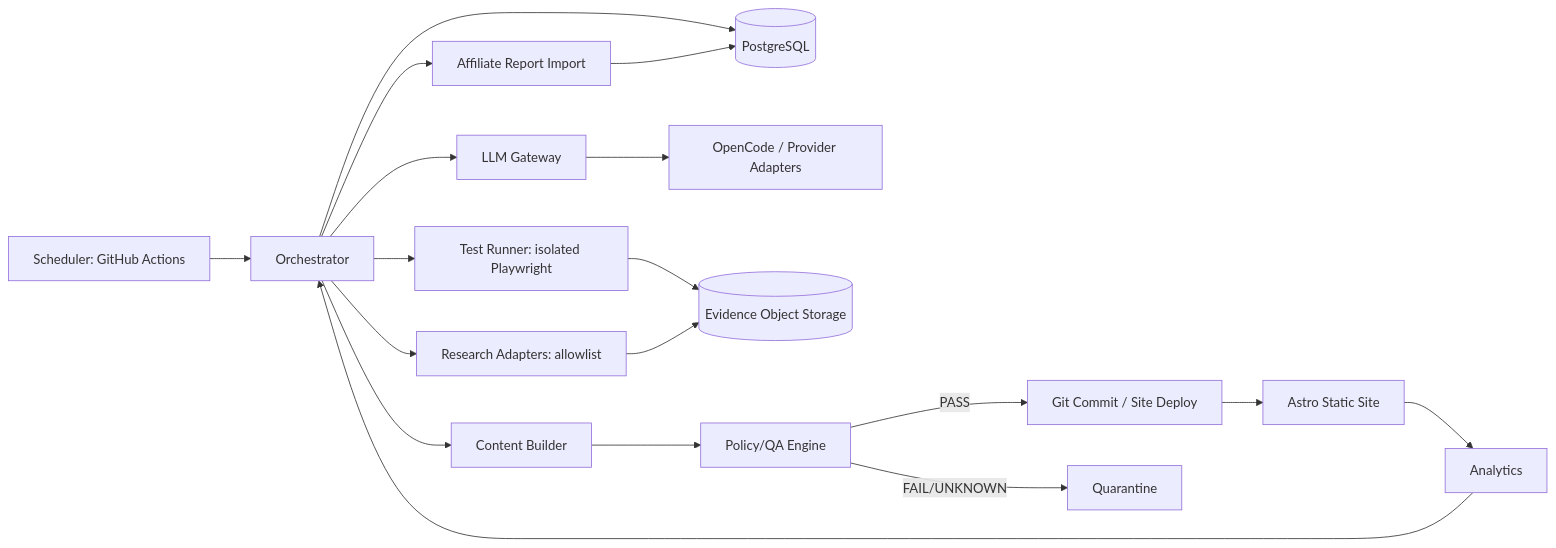
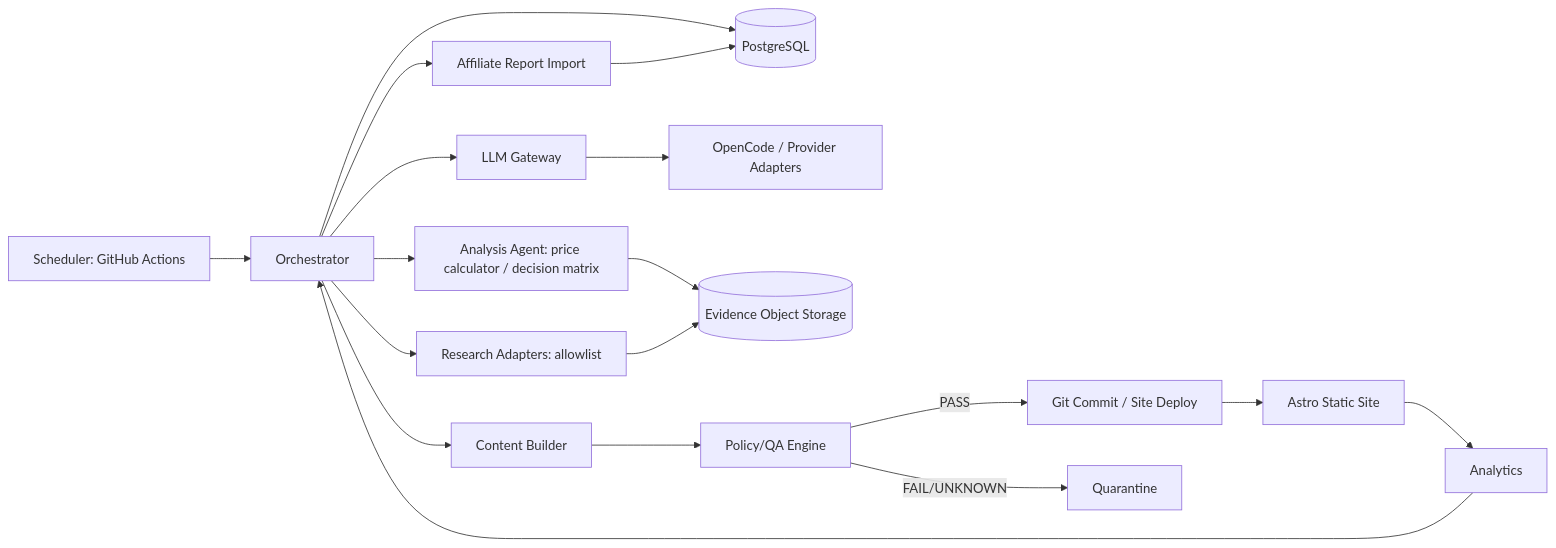
The diagram in docs/02-architecture.md (yuga-hashimoto/autonomous-affiliate), drawn with Mermaid before and after one commit. The commit also changed other lines of this file and 16 other files, not shown here.

```diff
--- a/docs/02-architecture.md
+++ b/docs/02-architecture.md
@@ -5,20 +5,20 @@
 ~~~mermaid
 flowchart LR
  S[Scheduler: GitHub Actions] --> O[Orchestrator]
  O --> Q[(PostgreSQL)]
  O --> M[LLM Gateway]
  M --> PA[OpenCode / Provider Adapters]
  O --> R[Research Adapters: allowlist]
- O --> T[Test Runner: isolated Playwright]
+ O --> T[Analysis Agent: price calculator / decision matrix]
  T --> E[(Evidence Object Storage)]
  R --> E
  O --> C[Content Builder]
  C --> G[Policy/QA Engine]
  G -->|PASS| PUB[Git Commit / Site Deploy]
  G -->|FAIL/UNKNOWN| HOLD[Quarantine]
  PUB --> SITE[Astro Static Site]
  SITE --> EVT[Analytics]
  EVT --> O
  O --> AFF[Affiliate Report Import]
  AFF --> Q
 ~~~
```
